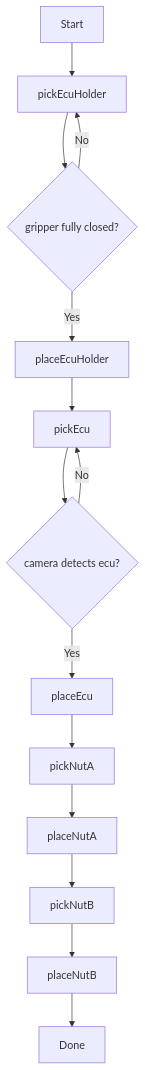
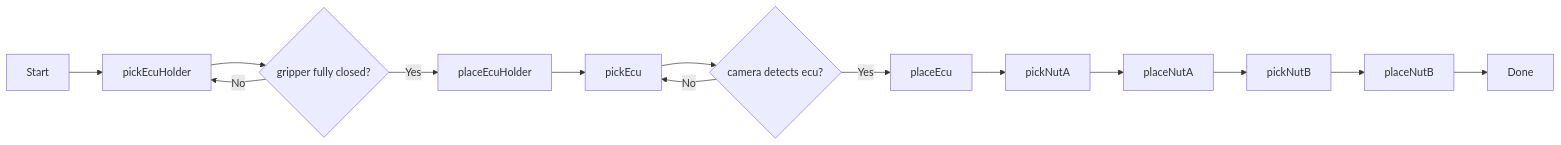
The first of 3 diagrams in README.md (ManuelSelch/hackathon-munich-2025), drawn with Mermaid before and after one commit. The commit also changed other lines of this file, not shown here.

````diff
--- a/README.md
+++ b/README.md
@@ -19,20 +19,18 @@
 ```mermaid
-flowchart TD;
+flowchart LR;
 
 Start 
     --> pickEcuHolder 
     --> D1{"gripper fully closed?"}
     D1 -- No --> pickEcuHolder
     D1 -- Yes --> placeEcuHolder 
     --> pickEcu
     --> D2{"camera detects ecu?"}
     D2 -- No --> pickEcu
     D2 -- Yes --> placeEcu
     --> pickNutA 
     --> placeNutA 
     --> pickNutB 
     --> placeNutB 
 --> Done
-
-
 ```
````
